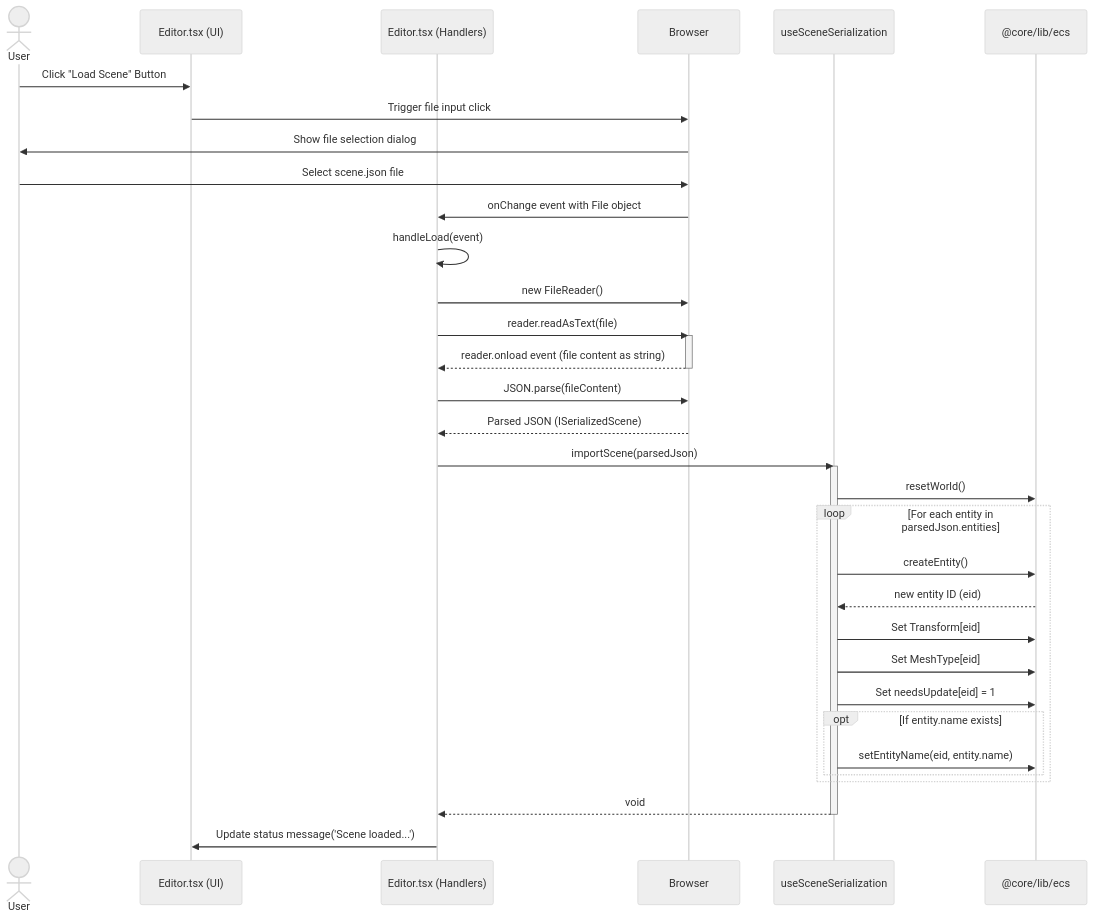
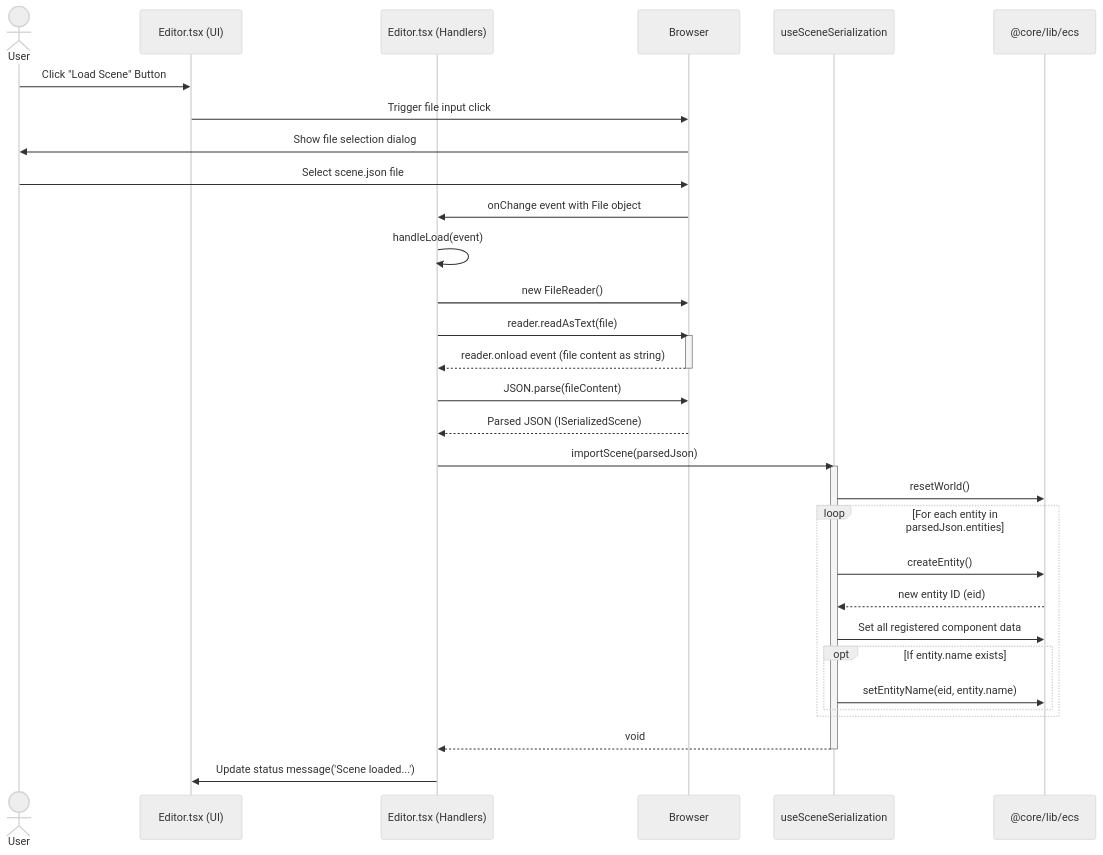
The second of 3 diagrams in docs/game-editor-scene-serialization.md (jonit-dev/vibe-coder-3d), drawn with Mermaid (neutral theme) before and after one commit. The commit also changed other lines of this file and 1 other file, not shown here.

First line of the commit message:
Enhance scene serialization with Zod validation and component registry

````diff
--- a/docs/game-editor-scene-serialization.md
+++ b/docs/game-editor-scene-serialization.md
@@ -54,39 +56,37 @@
 ```mermaid
 sequenceDiagram
     actor User
     participant EditorUI as Editor.tsx (UI)
     participant Handlers as Editor.tsx (Handlers)
     participant Browser
     participant SerializationHook as useSceneSerialization
     participant ECS as @core/lib/ecs
 
     User->>EditorUI: Click "Load Scene" Button
     EditorUI->>Browser: Trigger file input click
     Browser->>User: Show file selection dialog
     User->>Browser: Select scene.json file
     Browser->>Handlers: onChange event with File object
     Handlers->>Handlers: handleLoad(event)
     Handlers->>Browser: new FileReader()
     Handlers->>Browser: reader.readAsText(file)
     activate Browser
     Browser-->>Handlers: reader.onload event (file content as string)
     deactivate Browser
     Handlers->>Browser: JSON.parse(fileContent)
     Browser-->>Handlers: Parsed JSON (ISerializedScene)
     Handlers->>SerializationHook: importScene(parsedJson)
     activate SerializationHook
     SerializationHook->>ECS: resetWorld()
     loop For each entity in parsedJson.entities
         SerializationHook->>ECS: createEntity()
         ECS-->>SerializationHook: new entity ID (eid)
-        SerializationHook->>ECS: Set Transform[eid]
-        SerializationHook->>ECS: Set MeshType[eid]
-        SerializationHook->>ECS: Set needsUpdate[eid] = 1
+        SerializationHook->>ECS: Set all registered component data
         opt If entity.name exists
             SerializationHook->>ECS: setEntityName(eid, entity.name)
         end
     end
     SerializationHook-->>Handlers: void
     deactivate SerializationHook
     Handlers->>EditorUI: Update status message('Scene loaded...')
 ```
````
